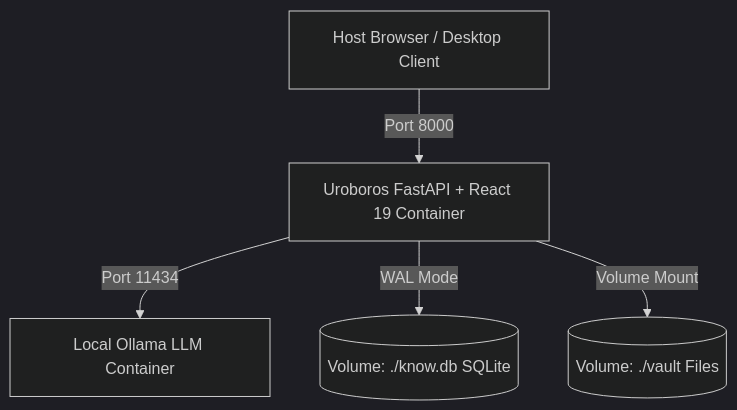
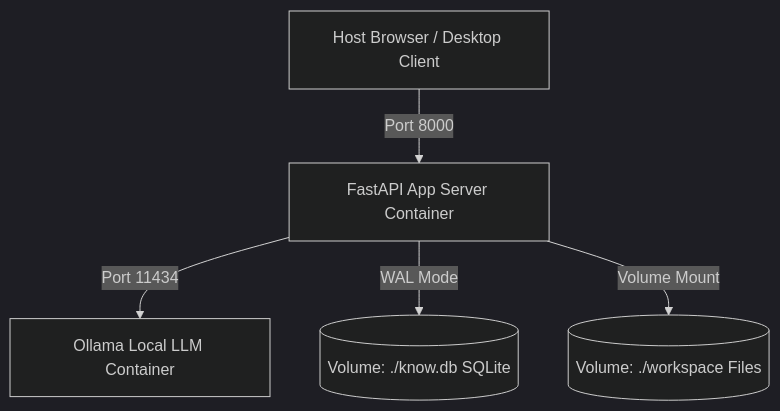
One commit to SavianAlexander/uroboros-knowledge-engine changed the sixth of 7 diagrams in README.md. Above: the diagram before and after it, drawn with Mermaid (dark theme). The commit also changed other lines of this file and 6 other files, not shown here.

````diff
--- a/README.md
+++ b/README.md
@@ -992,7 +888,7 @@
 ```mermaid
 graph TD
-    Client["Host Browser / Desktop Client"] -->|Port 8000| App["Uroboros FastAPI + React 19 Container"]
-    App -->|Port 11434| Ollama["Local Ollama LLM Container"]
-    App -->|WAL Mode| DB[("Volume: ./know.db SQLite")]
-    App -->|Volume Mount| Workspace[("Volume: ./vault Files")]
+    Client[Host Browser / Desktop Client] -->|Port 8000| FastAPI[FastAPI App Server Container]
+    FastAPI -->|Port 11434| Ollama[Ollama Local LLM Container]
+    FastAPI -->|WAL Mode| DB[(Volume: ./know.db SQLite)]
+    FastAPI -->|Volume Mount| Workspace[(Volume: ./workspace Files)]
 ```
````
